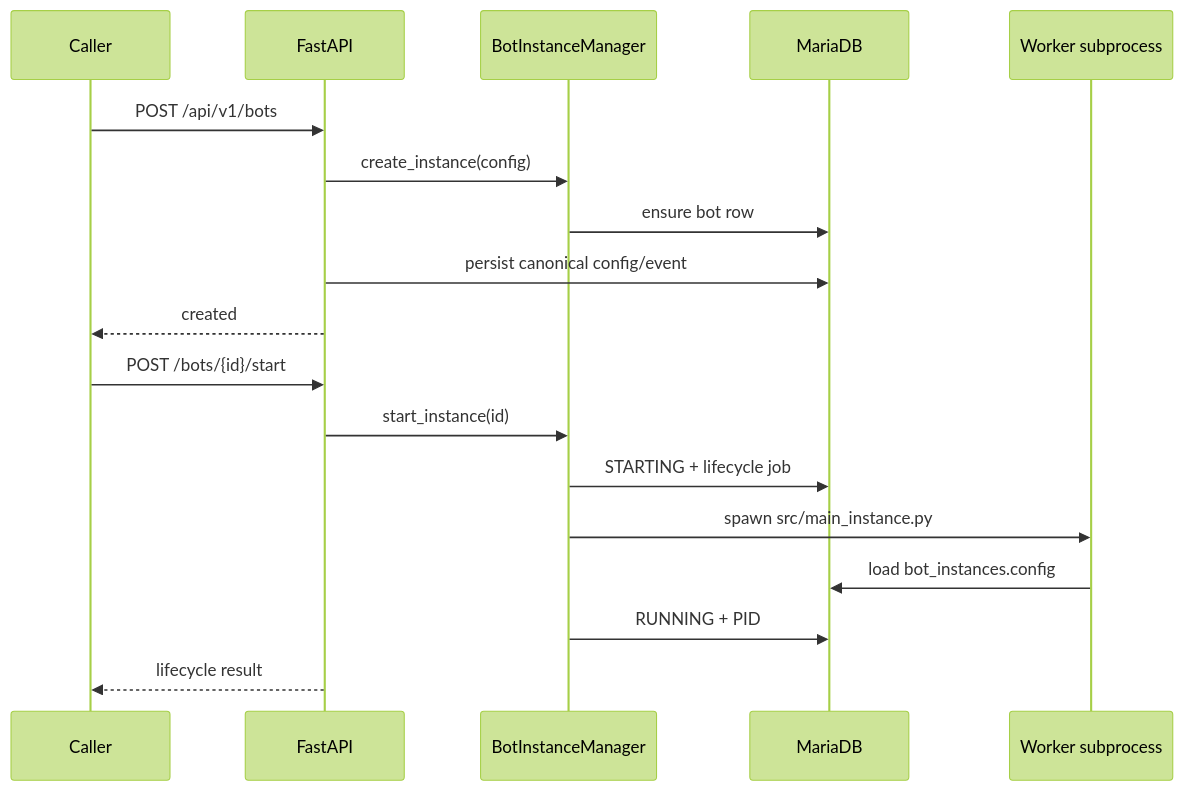
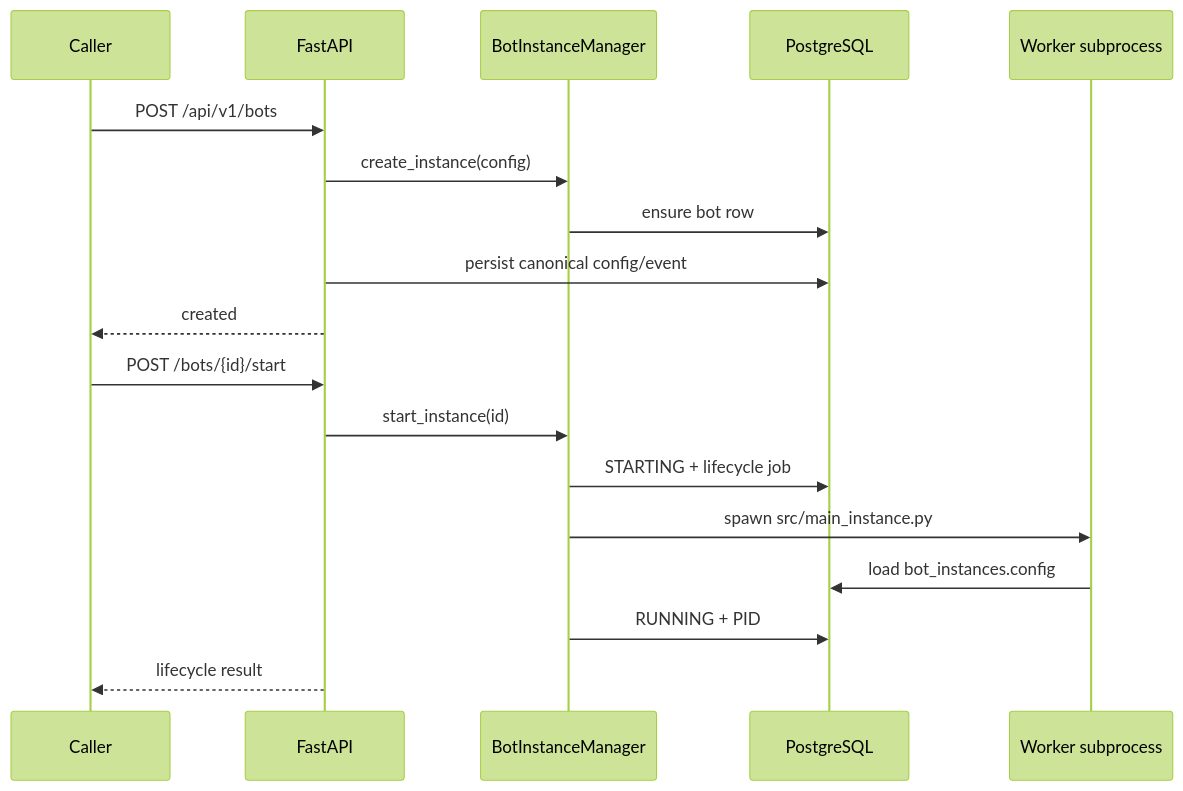
The first of 2 diagrams in bot/flows/current-business-flows.md (cploutarchou/dydx-trading-bot), drawn with Mermaid (forest theme) before and after one commit. The commit also changed other lines of this file and 194 other files, not shown here.

````diff
--- a/bot/flows/current-business-flows.md
+++ b/bot/flows/current-business-flows.md
@@ -56,20 +56,20 @@
 ```mermaid
 sequenceDiagram
   participant C as Caller
   participant A as FastAPI
   participant M as BotInstanceManager
-  participant D as MariaDB
+  participant D as PostgreSQL
   participant P as Worker subprocess
   C->>A: POST /api/v1/bots
   A->>M: create_instance(config)
   M->>D: ensure bot row
   A->>D: persist canonical config/event
   A-->>C: created
   C->>A: POST /bots/{id}/start
   A->>M: start_instance(id)
   M->>D: STARTING + lifecycle job
   M->>P: spawn src/main_instance.py
   P->>D: load bot_instances.config
   M->>D: RUNNING + PID
   A-->>C: lifecycle result
 ```
````
